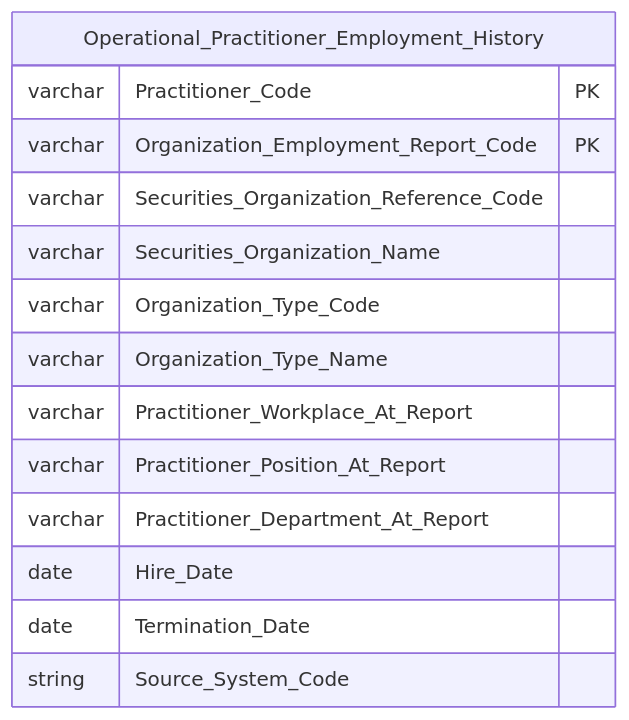
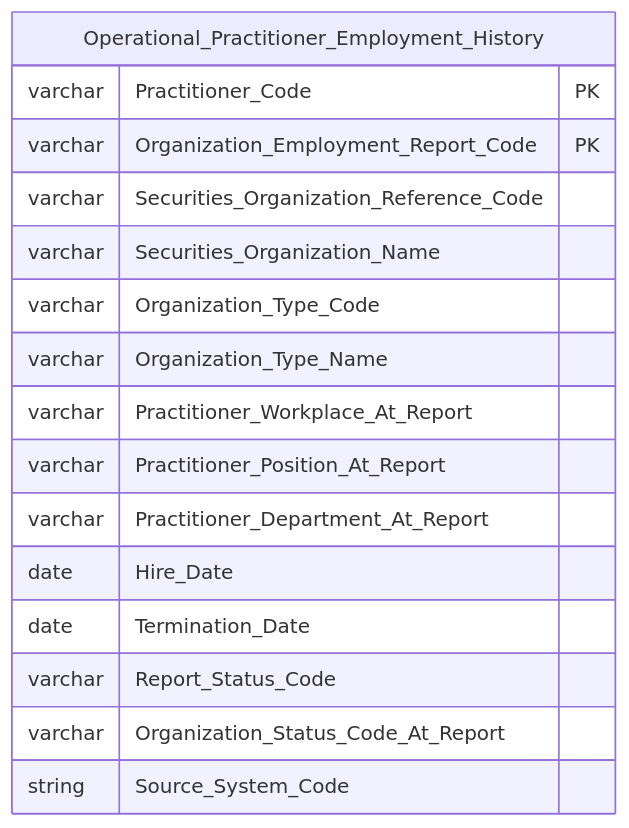
Diagram 29 of 41 in Datamart/hld/DTM_NHNCK_HLD.md (linhlvit/ubck_atomic_design), drawn with Mermaid before and after one commit. The commit also changed other lines of this file and 7 other files, not shown here.

````diff
--- a/Datamart/hld/DTM_NHNCK_HLD.md
+++ b/Datamart/hld/DTM_NHNCK_HLD.md
@@ -1299,18 +1361,20 @@
 ```mermaid
 erDiagram
     Operational_Practitioner_Employment_History {
         varchar Practitioner_Code PK
         varchar Organization_Employment_Report_Code PK
         varchar Securities_Organization_Reference_Code
         varchar Securities_Organization_Name
         varchar Organization_Type_Code
         varchar Organization_Type_Name
         varchar Practitioner_Workplace_At_Report
         varchar Practitioner_Position_At_Report
         varchar Practitioner_Department_At_Report
         date Hire_Date
         date Termination_Date
+        varchar Report_Status_Code
+        varchar Organization_Status_Code_At_Report
         string Source_System_Code
 
     }
 ```
````
